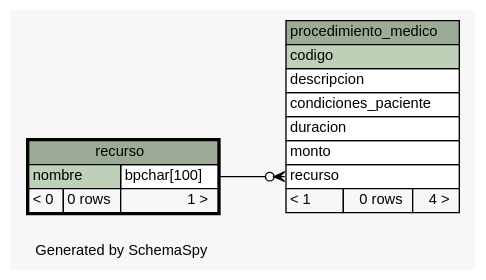
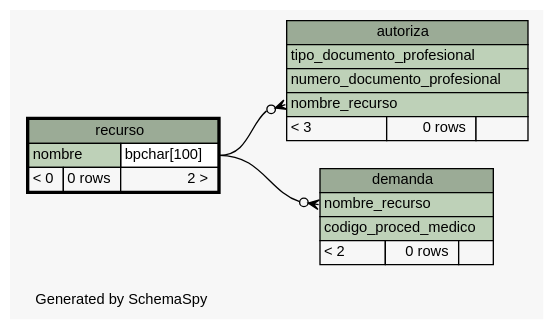
One commit to smpiano/bd-1cuat-2014-agenda-med changed the diagram in tp1/build/schema/diagrams/recurso.1degree.dot. Above: the diagram before and after it, drawn with Graphviz. The commit also changed 165 other files, not shown here.

```diff
--- a/tp1/build/schema/diagrams/recurso.1degree.dot
+++ b/tp1/build/schema/diagrams/recurso.1degree.dot
@@ -1,48 +1,57 @@
 // dot 2.26.3 on Linux 3.8.0-35-generic
 // SchemaSpy rev 590
 digraph "oneDegreeRelationshipsDiagram" {
   graph [
     rankdir="RL"
     bgcolor="#f7f7f7"
     label="\nGenerated by SchemaSpy"
     labeljust="l"
     nodesep="0.18"
     ranksep="0.46"
     fontname="Helvetica"
     fontsize="11"
   ];
   node [
     fontname="Helvetica"
     fontsize="11"
     shape="plaintext"
   ];
   edge [
     arrowsize="0.8"
   ];
-  "procedimiento_medico":"recurso":w -> "recurso":"nombre.type":e [arrowhead=none dir=back arrowtail=crowodot];
-  "procedimiento_medico" [
+  "autoriza":"nombre_recurso":w -> "recurso":"nombre.type":e [arrowhead=none dir=back arrowtail=crowodot];
+  "demanda":"nombre_recurso":w -> "recurso":"nombre.type":e [arrowhead=none dir=back arrowtail=crowodot];
+  "autoriza" [
     label=<
     <TABLE BORDER="0" CELLBORDER="1" CELLSPACING="0" BGCOLOR="#ffffff">
-      <TR><TD COLSPAN="3" BGCOLOR="#9bab96" ALIGN="CENTER">procedimiento_medico</TD></TR>
-      <TR><TD PORT="codigo" COLSPAN="3" BGCOLOR="#bed1b8" ALIGN="LEFT">codigo</TD></TR>
-      <TR><TD PORT="descripcion" COLSPAN="3" ALIGN="LEFT">descripcion</TD></TR>
-      <TR><TD PORT="condiciones_paciente" COLSPAN="3" ALIGN="LEFT">condiciones_paciente</TD></TR>
-      <TR><TD PORT="duracion" COLSPAN="3" ALIGN="LEFT">duracion</TD></TR>
-      <TR><TD PORT="monto" COLSPAN="3" ALIGN="LEFT">monto</TD></TR>
-      <TR><TD PORT="recurso" COLSPAN="3" ALIGN="LEFT">recurso</TD></TR>
-      <TR><TD ALIGN="LEFT" BGCOLOR="#f7f7f7">&lt; 1</TD><TD ALIGN="RIGHT" BGCOLOR="#f7f7f7">0 rows</TD><TD ALIGN="RIGHT" BGCOLOR="#f7f7f7">4 &gt;</TD></TR>
+      <TR><TD COLSPAN="3" BGCOLOR="#9bab96" ALIGN="CENTER">autoriza</TD></TR>
+      <TR><TD PORT="tipo_documento_profesional" COLSPAN="3" BGCOLOR="#bed1b8" ALIGN="LEFT">tipo_documento_profesional</TD></TR>
+      <TR><TD PORT="numero_documento_profesional" COLSPAN="3" BGCOLOR="#bed1b8" ALIGN="LEFT">numero_documento_profesional</TD></TR>
+      <TR><TD PORT="nombre_recurso" COLSPAN="3" BGCOLOR="#bed1b8" ALIGN="LEFT">nombre_recurso</TD></TR>
+      <TR><TD ALIGN="LEFT" BGCOLOR="#f7f7f7">&lt; 3</TD><TD ALIGN="RIGHT" BGCOLOR="#f7f7f7">0 rows</TD><TD ALIGN="RIGHT" BGCOLOR="#f7f7f7">  </TD></TR>
     </TABLE>>
-    URL="procedimiento_medico.html"
-    tooltip="procedimiento_medico"
+    URL="autoriza.html"
+    tooltip="autoriza"
+  ];
+  "demanda" [
+    label=<
+    <TABLE BORDER="0" CELLBORDER="1" CELLSPACING="0" BGCOLOR="#ffffff">
+      <TR><TD COLSPAN="3" BGCOLOR="#9bab96" ALIGN="CENTER">demanda</TD></TR>
+      <TR><TD PORT="nombre_recurso" COLSPAN="3" BGCOLOR="#bed1b8" ALIGN="LEFT">nombre_recurso</TD></TR>
+      <TR><TD PORT="codigo_proced_medico" COLSPAN="3" BGCOLOR="#bed1b8" ALIGN="LEFT">codigo_proced_medico</TD></TR>
+      <TR><TD ALIGN="LEFT" BGCOLOR="#f7f7f7">&lt; 2</TD><TD ALIGN="RIGHT" BGCOLOR="#f7f7f7">0 rows</TD><TD ALIGN="RIGHT" BGCOLOR="#f7f7f7">  </TD></TR>
+    </TABLE>>
+    URL="demanda.html"
+    tooltip="demanda"
   ];
   "recurso" [
     label=<
     <TABLE BORDER="2" CELLBORDER="1" CELLSPACING="0" BGCOLOR="#ffffff">
       <TR><TD COLSPAN="3" BGCOLOR="#9bab96" ALIGN="CENTER">recurso</TD></TR>
       <TR><TD PORT="nombre" COLSPAN="2" BGCOLOR="#bed1b8" ALIGN="LEFT">nombre</TD><TD PORT="nombre.type" ALIGN="LEFT">bpchar[100]</TD></TR>
-      <TR><TD ALIGN="LEFT" BGCOLOR="#f7f7f7">&lt; 0</TD><TD ALIGN="RIGHT" BGCOLOR="#f7f7f7">0 rows</TD><TD ALIGN="RIGHT" BGCOLOR="#f7f7f7">1 &gt;</TD></TR>
+      <TR><TD ALIGN="LEFT" BGCOLOR="#f7f7f7">&lt; 0</TD><TD ALIGN="RIGHT" BGCOLOR="#f7f7f7">0 rows</TD><TD ALIGN="RIGHT" BGCOLOR="#f7f7f7">2 &gt;</TD></TR>
     </TABLE>>
     URL="recurso.html"
     tooltip="recurso"
   ];
 }
```
